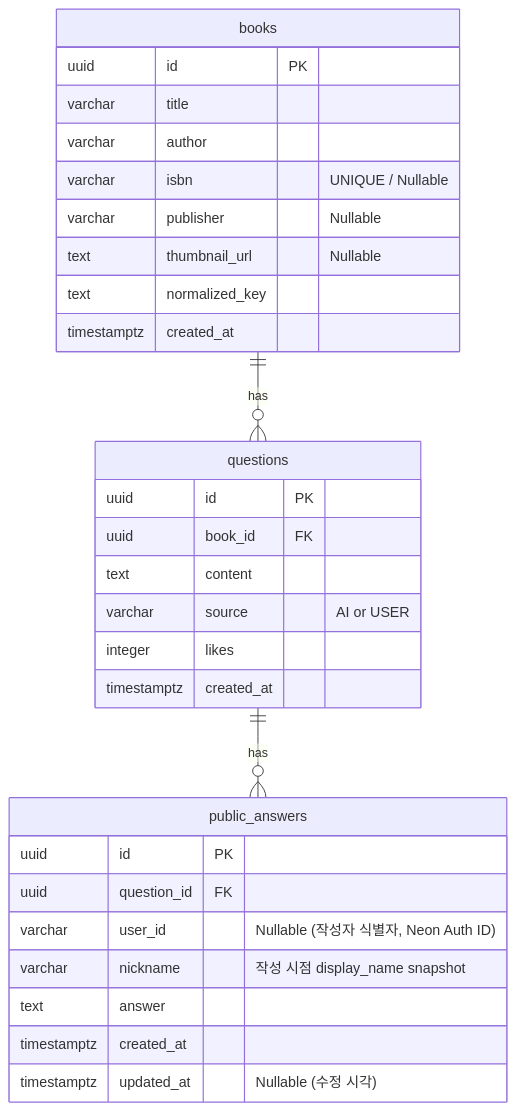
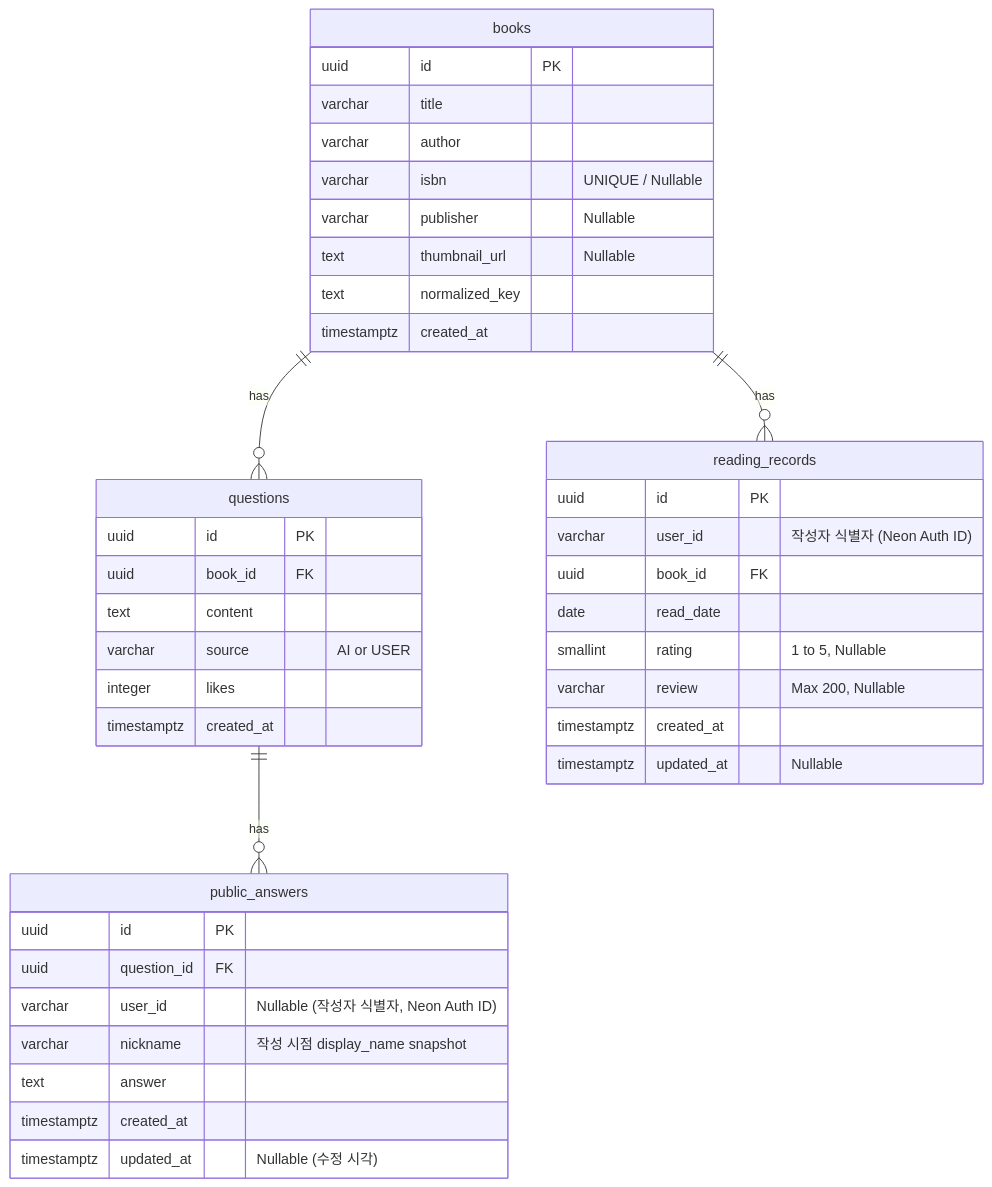
One commit to luckyhs38/BookMate changed the second of 2 diagrams in engineering.md. Above: the diagram before and after it, drawn with Mermaid. The commit also changed other lines of this file and 12 other files, not shown here.

````diff
--- a/engineering.md
+++ b/engineering.md
@@ -156,35 +165,47 @@
 ```mermaid
 erDiagram
     books ||--o{ questions : "has"
     questions ||--o{ public_answers : "has"
+    books ||--o{ reading_records : "has"
 
     books {
         uuid id PK
         varchar title
         varchar author
         varchar isbn "UNIQUE / Nullable"
         varchar publisher "Nullable"
         text thumbnail_url "Nullable"
         text normalized_key
         timestamptz created_at
     }
 
     questions {
         uuid id PK
         uuid book_id FK
         text content
         varchar source "AI or USER"
         integer likes
         timestamptz created_at
     }
 
     public_answers {
         uuid id PK
         uuid question_id FK
         varchar user_id "Nullable (작성자 식별자, Neon Auth ID)"
         varchar nickname "작성 시점 display_name snapshot"
         text answer
         timestamptz created_at
         timestamptz updated_at "Nullable (수정 시각)"
     }
+
+    reading_records {
+        uuid id PK
+        varchar user_id "작성자 식별자 (Neon Auth ID)"
+        uuid book_id FK
+        date read_date
+        smallint rating "1 to 5, Nullable"
+        varchar review "Max 200, Nullable"
+        timestamptz created_at
+        timestamptz updated_at "Nullable"
+    }
 ```
````
